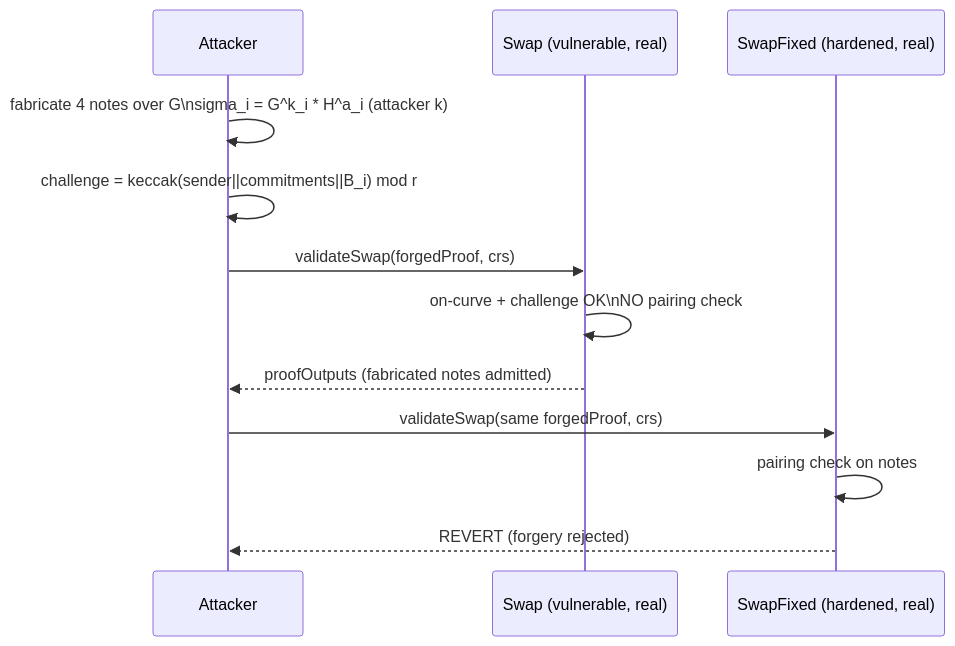
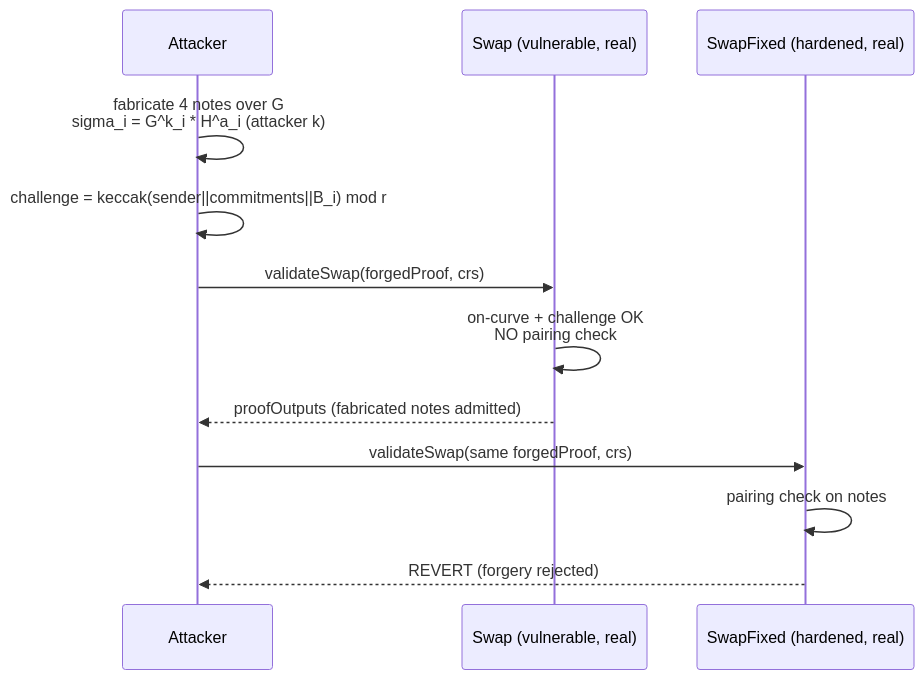
The diagram in 16736-aztec-swap-validator-missing-pairing-check_exp/16736-aztec-swap-validator-missing-pairing-check_exp.md (sanbir/evm-hack-registry), drawn with Mermaid before and after one commit. The commit also changed 23 other files, not shown here.

````diff
--- a/16736-aztec-swap-validator-missing-pairing-check_exp/16736-aztec-swap-validator-missing-pairing-check_exp.md
+++ b/16736-aztec-swap-validator-missing-pairing-check_exp/16736-aztec-swap-validator-missing-pairing-check_exp.md
@@ -65,14 +65,14 @@
 ```mermaid
 sequenceDiagram
     participant Atk as Attacker
     participant Swap as Swap (vulnerable, real)
     participant Fix as SwapFixed (hardened, real)
-    Atk->>Atk: fabricate 4 notes over G\nsigma_i = G^k_i * H^a_i (attacker k)
+    Atk->>Atk: fabricate 4 notes over G<br/>sigma_i = G^k_i * H^a_i (attacker k)
     Atk->>Atk: challenge = keccak(sender||commitments||B_i) mod r
     Atk->>Swap: validateSwap(forgedProof, crs)
-    Swap->>Swap: on-curve + challenge OK\nNO pairing check
+    Swap->>Swap: on-curve + challenge OK<br/>NO pairing check
     Swap-->>Atk: proofOutputs (fabricated notes admitted)
     Atk->>Fix: validateSwap(same forgedProof, crs)
     Fix->>Fix: pairing check on notes
     Fix-->>Atk: REVERT (forgery rejected)
 ```
````
